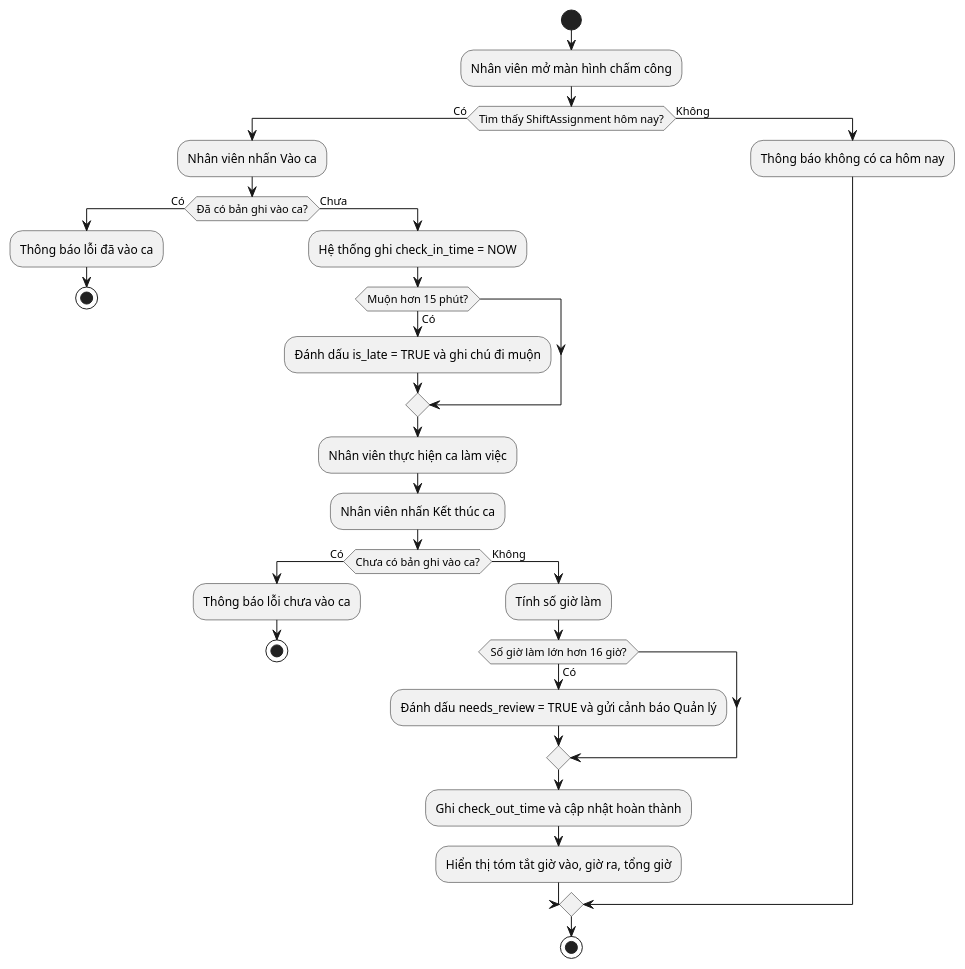
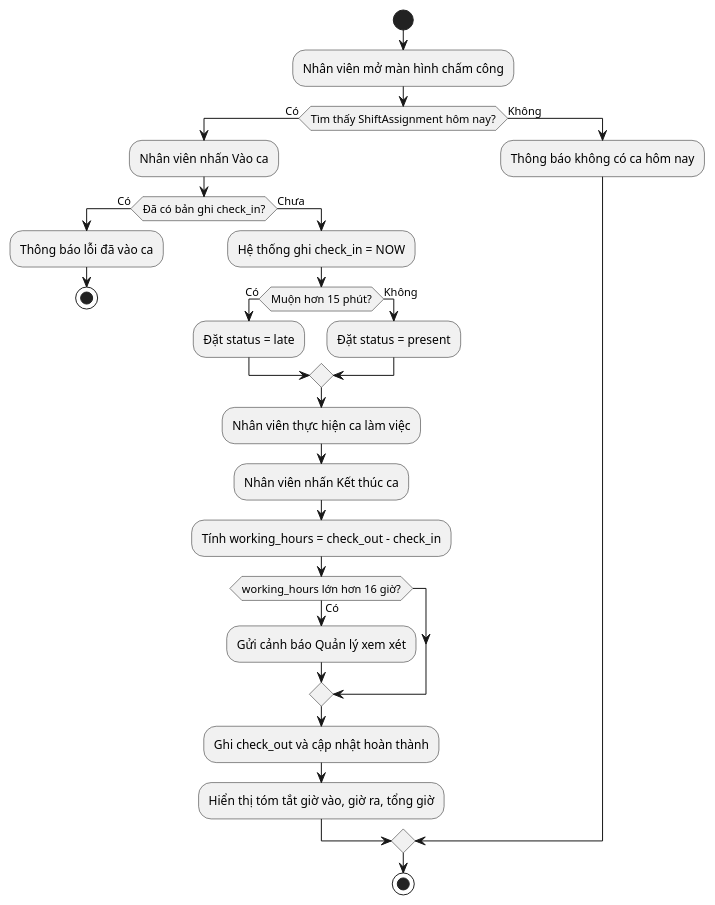
The fourth of 4 diagrams in chapters/Ch08_CHƯƠNG_6_NGHIÊN_CỨU_CHUYÊN_SÂU_—_USE_CA.md (Elkayee/doc-automation-suite), drawn with PlantUML before and after one commit. The commit also changed other lines of this file and 4 other files, not shown here.

````diff
--- a/chapters/Ch08_CHƯƠNG_6_NGHIÊN_CỨU_CHUYÊN_SÂU_—_USE_CA.md
+++ b/chapters/Ch08_CHƯƠNG_6_NGHIÊN_CỨU_CHUYÊN_SÂU_—_USE_CA.md
@@ -255,34 +192,31 @@
 ```plantuml
 @startuml
 start
 :Nhân viên mở màn hình chấm công;
 if (Tìm thấy ShiftAssignment hôm nay?) then (Có)
   :Nhân viên nhấn Vào ca;
-  if (Đã có bản ghi vào ca?) then (Có)
+  if (Đã có bản ghi check_in?) then (Có)
     :Thông báo lỗi đã vào ca;
     stop
   else (Chưa)
-    :Hệ thống ghi check_in_time = NOW;
+    :Hệ thống ghi check_in = NOW;
     if (Muộn hơn 15 phút?) then (Có)
-      :Đánh dấu is_late = TRUE và ghi chú đi muộn;
+      :Đặt status = late;
+    else (Không)
+      :Đặt status = present;
     endif
     :Nhân viên thực hiện ca làm việc;
     :Nhân viên nhấn Kết thúc ca;
-    if (Chưa có bản ghi vào ca?) then (Có)
-      :Thông báo lỗi chưa vào ca;
-      stop
-    else (Không)
-      :Tính số giờ làm;
-      if (Số giờ làm lớn hơn 16 giờ?) then (Có)
-        :Đánh dấu needs_review = TRUE và gửi cảnh báo Quản lý;
-      endif
-      :Ghi check_out_time và cập nhật hoàn thành;
-      :Hiển thị tóm tắt giờ vào, giờ ra, tổng giờ;
+    :Tính working_hours = check_out - check_in;
+    if (working_hours lớn hơn 16 giờ?) then (Có)
+      :Gửi cảnh báo Quản lý xem xét;
     endif
+    :Ghi check_out và cập nhật hoàn thành;
+    :Hiển thị tóm tắt giờ vào, giờ ra, tổng giờ;
   endif
 else (Không)
   :Thông báo không có ca hôm nay;
 endif
 stop
 @enduml
 ```
````
